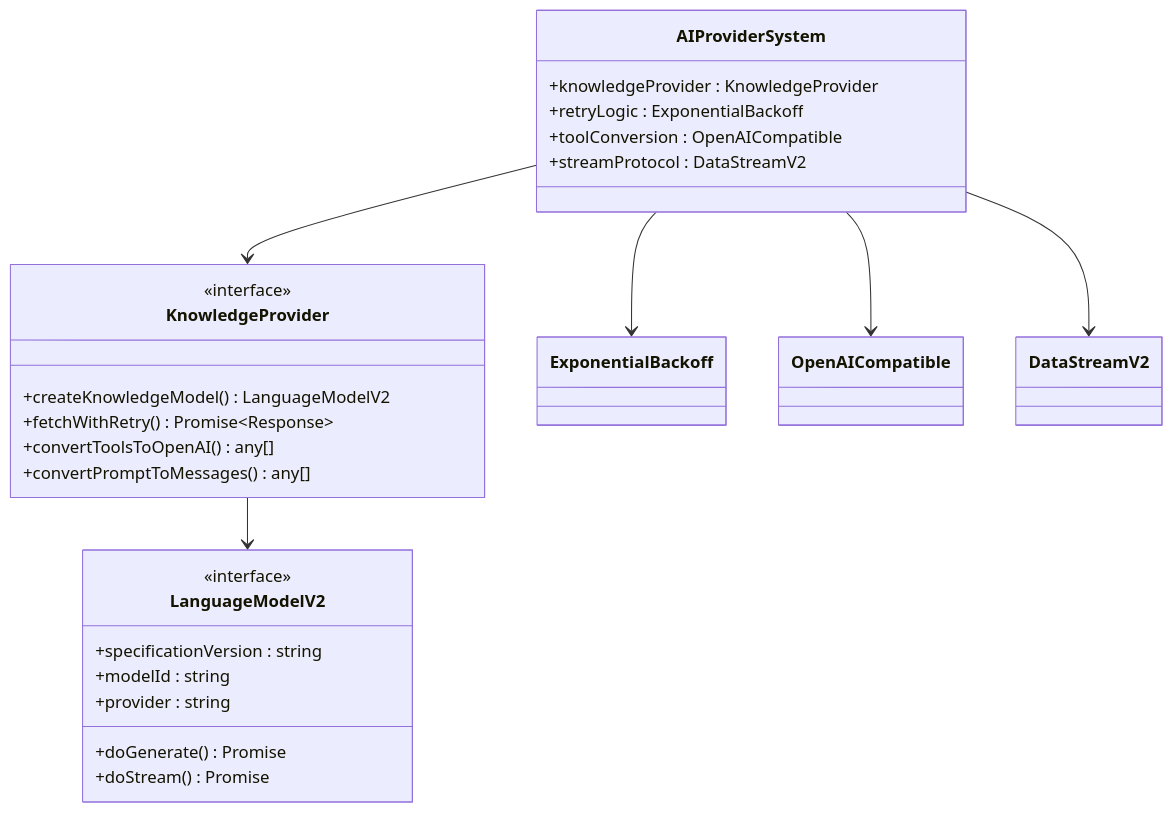
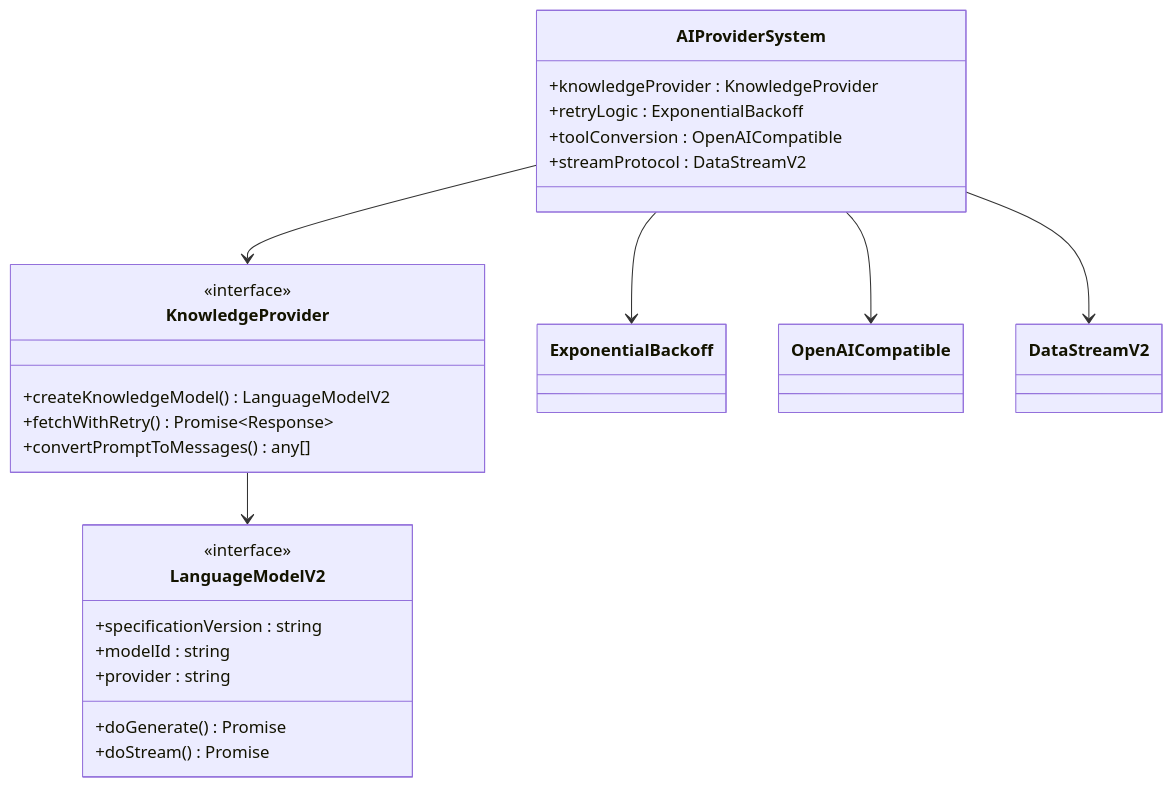
One commit to LRF0422/Kotion changed the ninth of 21 diagrams in .qoder/repowiki/zh/content/功能模块/AI插件/AI基础架构系统/AI基础架构系统.md. Above: the diagram before and after it, drawn with Mermaid. The commit also changed other lines of this file and 14 other files, not shown here.

````diff
--- a/.qoder/repowiki/zh/content/功能模块/AI插件/AI基础架构系统/AI基础架构系统.md
+++ b/.qoder/repowiki/zh/content/功能模块/AI插件/AI基础架构系统/AI基础架构系统.md
@@ -449,29 +462,28 @@
 ```mermaid
 classDiagram
 class KnowledgeProvider {
 <<interface>>
 +createKnowledgeModel() LanguageModelV2
 +fetchWithRetry() Promise~Response~
-+convertToolsToOpenAI() any[]
 +convertPromptToMessages() any[]
 }
 class LanguageModelV2 {
 <<interface>>
 +specificationVersion : string
 +modelId : string
 +provider : string
 +doGenerate() Promise
 +doStream() Promise
 }
 class AIProviderSystem {
 +knowledgeProvider : KnowledgeProvider
 +retryLogic : ExponentialBackoff
 +toolConversion : OpenAICompatible
 +streamProtocol : DataStreamV2
 }
 KnowledgeProvider --> LanguageModelV2
 AIProviderSystem --> KnowledgeProvider
 AIProviderSystem --> ExponentialBackoff
 AIProviderSystem --> OpenAICompatible
 AIProviderSystem --> DataStreamV2
 ```
````
